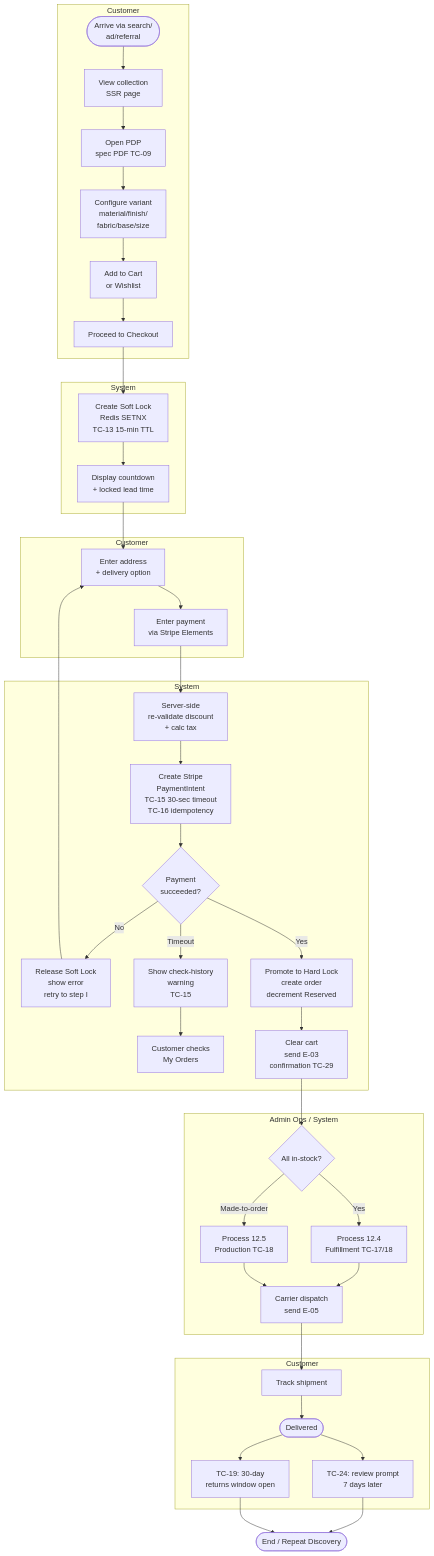
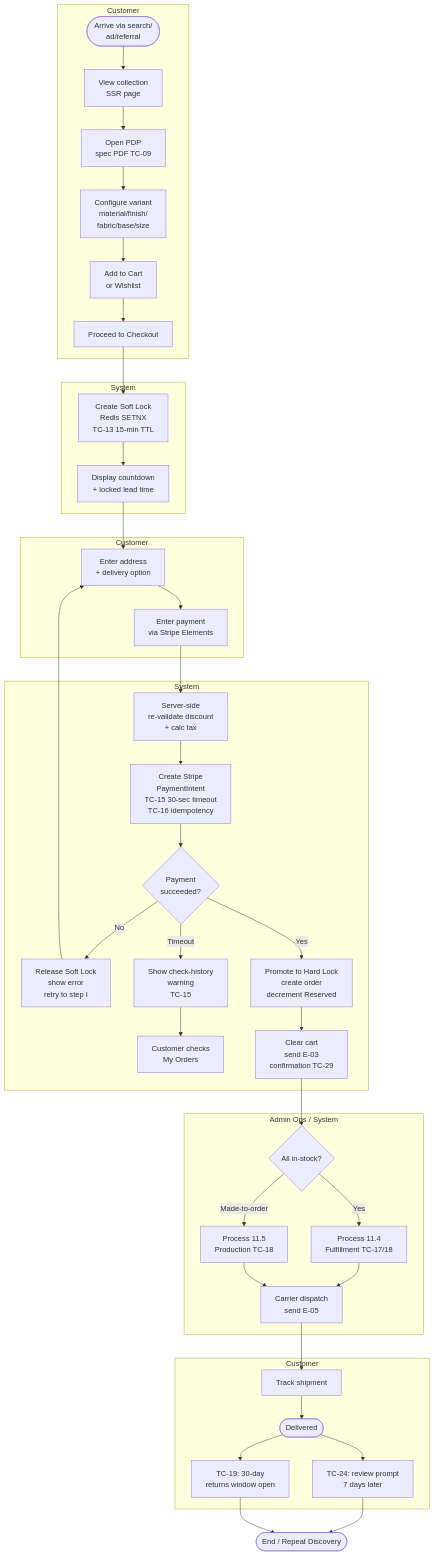
Before and after one commit to mingnguyentt012200/HomeStyle-project-demo: the first of 16 diagrams in HomeStyle_BRD_v4.md, drawn with Mermaid. The commit also changed other lines of this file, not shown here.

````diff
--- a/HomeStyle_BRD_v4.md
+++ b/HomeStyle_BRD_v4.md
@@ -364,44 +365,44 @@
 ```mermaid
 flowchart TD
     subgraph Customer
         A([Arrive via search/<br/>ad/referral]) --> B[View collection<br/>SSR page]
         B --> C[Open PDP<br/>spec PDF TC-09]
         C --> D[Configure variant<br/>material/finish/<br/>fabric/base/size]
         D --> E[Add to Cart<br/>or Wishlist]
         E --> F[Proceed to Checkout]
     end
     subgraph System
         F --> G[Create Soft Lock<br/>Redis SETNX<br/>TC-13 15-min TTL]
         G --> H[Display countdown<br/>+ locked lead time]
     end
     subgraph Customer2[Customer]
         H --> I[Enter address<br/>+ delivery option]
         I --> J[Enter payment<br/>via Stripe Elements]
     end
     subgraph System2[System]
         J --> K[Server-side<br/>re-validate discount<br/>+ calc tax]
         K --> L[Create Stripe<br/>PaymentIntent<br/>TC-15 30-sec timeout<br/>TC-16 idempotency]
         L --> M{Payment<br/>succeeded?}
         M -- No --> N[Release Soft Lock<br/>show error<br/>retry to step I]
         N --> I
         M -- Timeout --> O[Show check-history<br/>warning<br/>TC-15]
         O --> P[Customer checks<br/>My Orders]
         M -- Yes --> Q[Promote to Hard Lock<br/>create order<br/>decrement Reserved]
         Q --> R[Clear cart<br/>send E-03<br/>confirmation TC-29]
     end
     subgraph Admin_System[Admin Ops / System]
         R --> S{All in-stock?}
-        S -- Yes --> T[Process 12.4<br/>Fulfillment TC-17/18]
-        S -- Made-to-order --> U[Process 12.5<br/>Production TC-18]
+        S -- Yes --> T[Process 11.4<br/>Fulfillment TC-17/18]
+        S -- Made-to-order --> U[Process 11.5<br/>Production TC-18]
         T --> V[Carrier dispatch<br/>send E-05]
         U --> V
     end
     subgraph Customer3[Customer]
         V --> W[Track shipment]
         W --> X([Delivered])
         X --> Y[TC-24: review prompt<br/>7 days later]
         X --> AA[TC-19: 30-day<br/>returns window open]
     end
     Y --> Z([End / Repeat Discovery])
     AA --> Z
 ```
````
